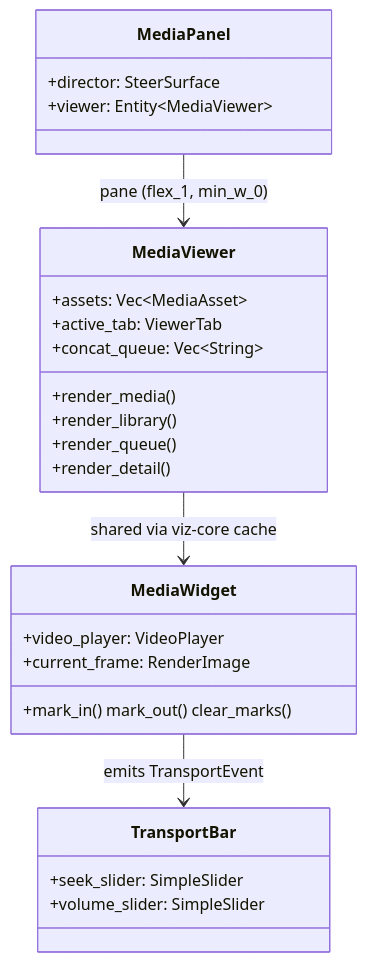
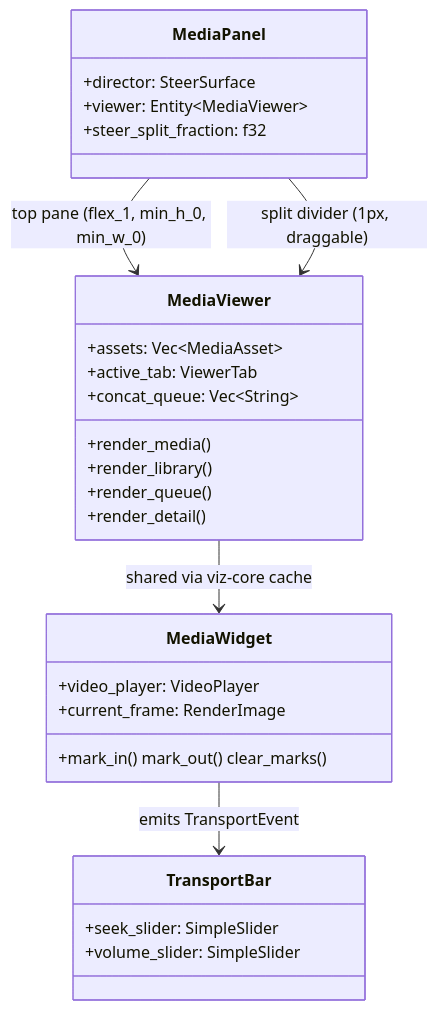
One commit to mdz-axo/zed-kask changed the diagram in kask/docs/diataxis/media_panel/reference.md. Above: the diagram before and after it, drawn with Mermaid. The commit also changed other lines of this file and 14 other files, not shown here.

````diff
--- a/kask/docs/diataxis/media_panel/reference.md
+++ b/kask/docs/diataxis/media_panel/reference.md
@@ -23,28 +23,30 @@
 ```mermaid
 classDiagram
     class MediaPanel {
         +director: SteerSurface
         +viewer: Entity~MediaViewer~
+        +steer_split_fraction: f32
     }
     class MediaViewer {
         +assets: Vec~MediaAsset~
         +active_tab: ViewerTab
         +concat_queue: Vec~String~
         +render_media()
         +render_library()
         +render_queue()
         +render_detail()
     }
     class MediaWidget {
         +video_player: VideoPlayer
         +current_frame: RenderImage
         +mark_in() mark_out() clear_marks()
     }
     class TransportBar {
         +seek_slider: SimpleSlider
         +volume_slider: SimpleSlider
     }
-    MediaPanel --> MediaViewer : pane (flex_1, min_w_0)
+    MediaPanel --> MediaViewer : top pane (flex_1, min_h_0, min_w_0)
+    MediaPanel --> MediaViewer : split divider (1px, draggable)
     MediaViewer --> MediaWidget : shared via viz-core cache
     MediaWidget --> TransportBar : emits TransportEvent
 ```
````
